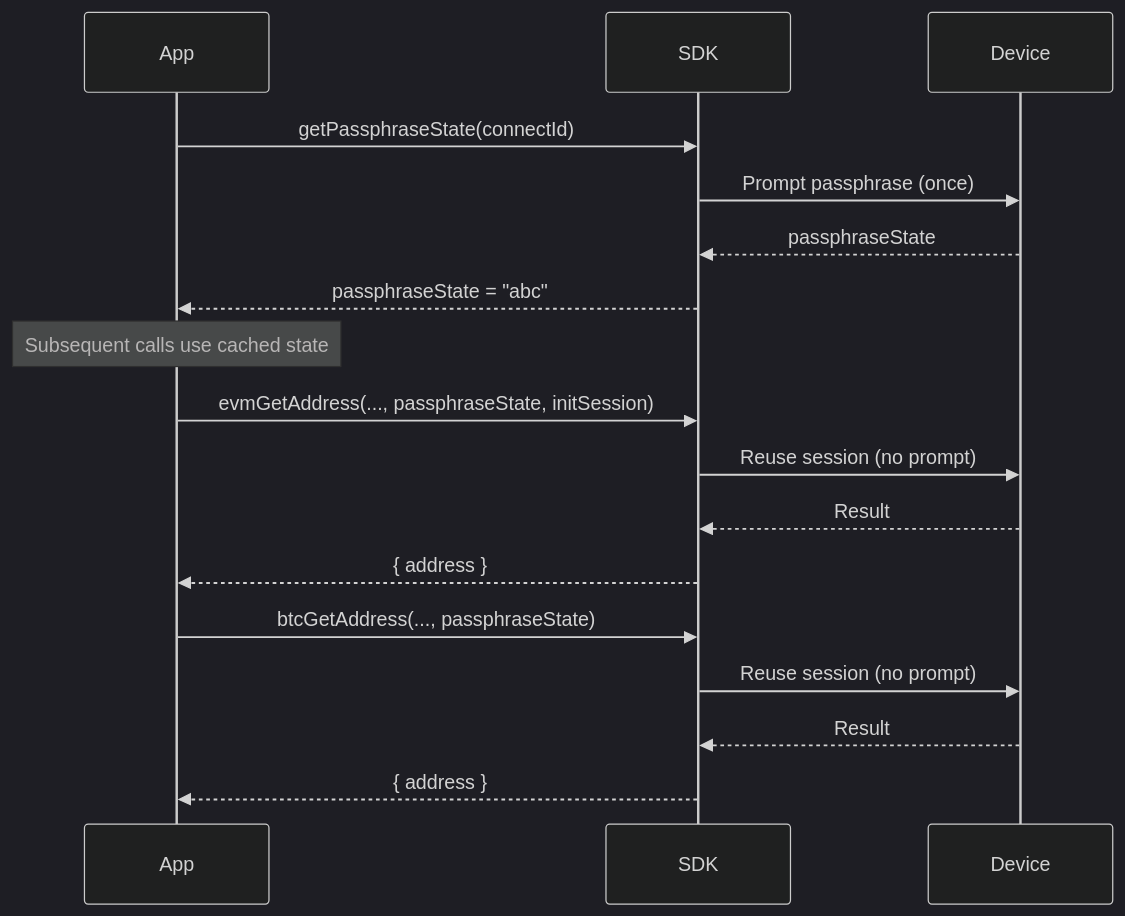
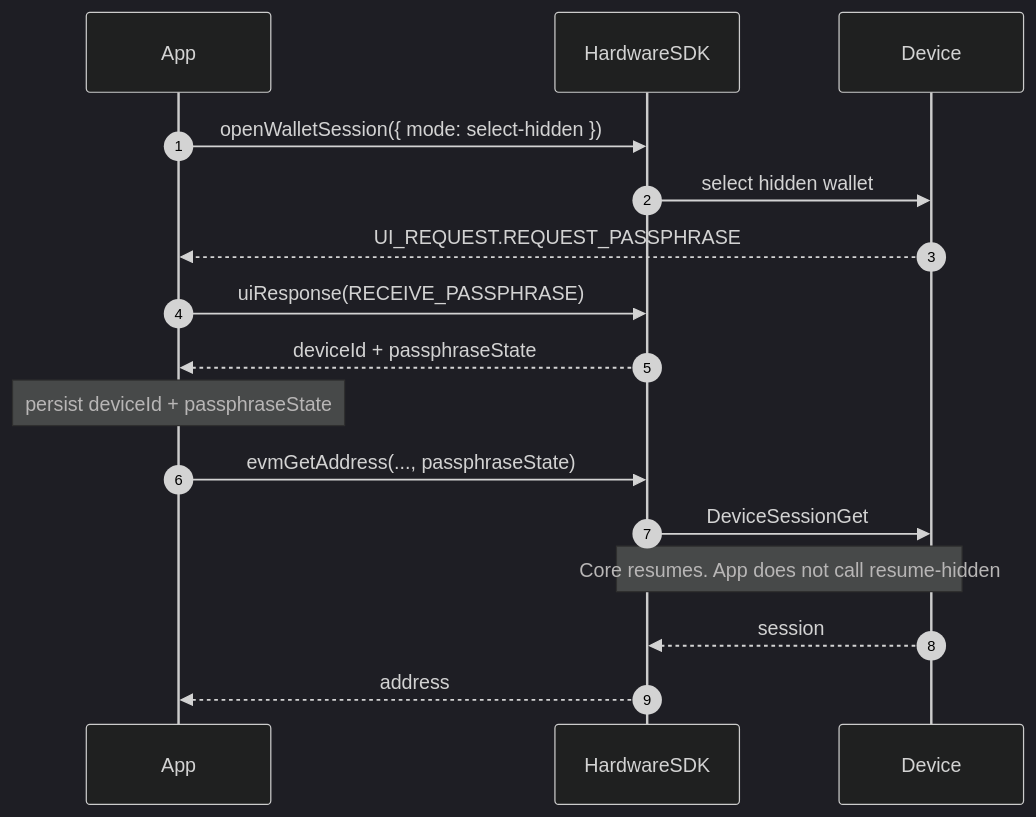
The second of 2 diagrams in packages/connect-examples/developer-portal/content/en/hardware-sdk/concepts/passphrase.mdx (OneKeyHQ/hardware-js-sdk), drawn with Mermaid (dark theme) before and after one commit. The commit also changed other lines of this file and 314 other files, not shown here.

First line of the commit message:
docs: align developer portal with Hardware SDK 1.2.0 (#920)

````diff
--- a/packages/connect-examples/developer-portal/content/en/hardware-sdk/concepts/passphrase.mdx
+++ b/packages/connect-examples/developer-portal/content/en/hardware-sdk/concepts/passphrase.mdx
@@ -92,23 +69,19 @@
 ```mermaid
 sequenceDiagram
-    participant App
-    participant SDK
-    participant Device
+  autonumber
+  participant App
+  participant SDK as HardwareSDK
+  participant Device
 
-    App->>SDK: getPassphraseState(connectId)
-    SDK->>Device: Prompt passphrase (once)
-    Device-->>SDK: passphraseState
-    SDK-->>App: passphraseState = "abc"
-
-    Note over App: Subsequent calls use cached state
-
-    App->>SDK: evmGetAddress(..., passphraseState, initSession)
-    SDK->>Device: Reuse session (no prompt)
-    Device-->>SDK: Result
-    SDK-->>App: { address }
-
-    App->>SDK: btcGetAddress(..., passphraseState)
-    SDK->>Device: Reuse session (no prompt)
-    Device-->>SDK: Result
-    SDK-->>App: { address }
+  App->>SDK: openWalletSession({ mode: select-hidden })
+  SDK->>Device: select hidden wallet
+  Device-->>App: UI_REQUEST.REQUEST_PASSPHRASE
+  App->>SDK: uiResponse(RECEIVE_PASSPHRASE)
+  SDK-->>App: deviceId + passphraseState
+  Note over App: persist deviceId + passphraseState
+  App->>SDK: evmGetAddress(..., passphraseState)
+  SDK->>Device: DeviceSessionGet
+  Note over SDK,Device: Core resumes. App does not call resume-hidden
+  Device-->>SDK: session
+  SDK-->>App: address
 ```
````
